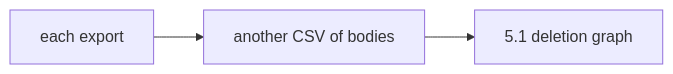
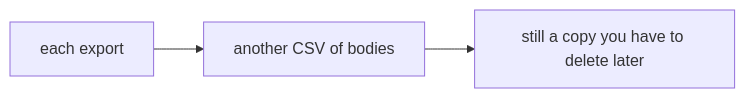
Before and after one commit to ishitvagoel/LearnSecurity: the second of 2 diagrams in content/modules/6/6.7/lessons/01-property.md, drawn with Mermaid. The commit also changed other lines of this file and 55 other files, not shown here.

````diff
--- a/content/modules/6/6.7/lessons/01-property.md
+++ b/content/modules/6/6.7/lessons/01-property.md
@@ -33,5 +32,5 @@
 ```mermaid
 flowchart LR
   Export[each export] --> Copy[another CSV of bodies]
-  Copy --> Life["5.1 deletion graph"]
+  Copy --> Life[still a copy you have to delete later]
 ```
````
